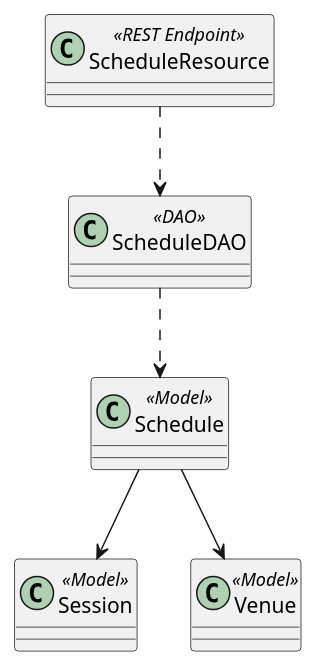
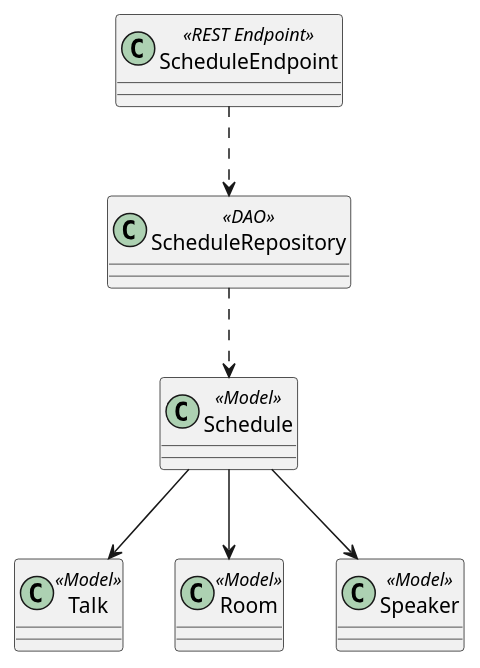
The diagram in docs/src/main/plantuml/schedule.puml (agoncal/agoncal-application-conference), drawn with PlantUML before and after one commit. The commit also changed 2 other files, not shown here.

```diff
--- a/docs/src/main/plantuml/schedule.puml
+++ b/docs/src/main/plantuml/schedule.puml
@@ -1,15 +1,17 @@
 @startuml
 
 class Schedule << Model >>
-class Session << Model >>
-class Venue << Model >>
+class Talk << Model >>
+class Room << Model >>
+class Speaker << Model >>
 
-class ScheduleDAO << DAO >>
-class ScheduleResource << REST Endpoint >>
+class ScheduleRepository << DAO >>
+class ScheduleEndpoint << REST Endpoint >>
 
-ScheduleResource ..> ScheduleDAO
-ScheduleDAO ..> Schedule
-Schedule --> Session
-Schedule --> Venue
+ScheduleEndpoint ..> ScheduleRepository
+ScheduleRepository ..> Schedule
+Schedule --> Talk
+Schedule --> Room
+Schedule --> Speaker
 
 @enduml
```
